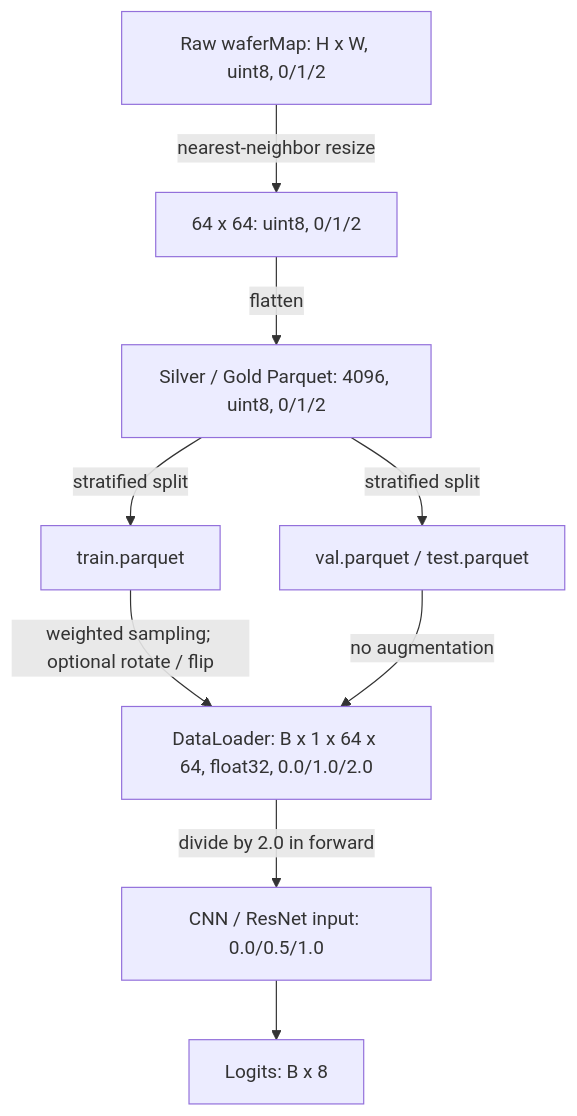
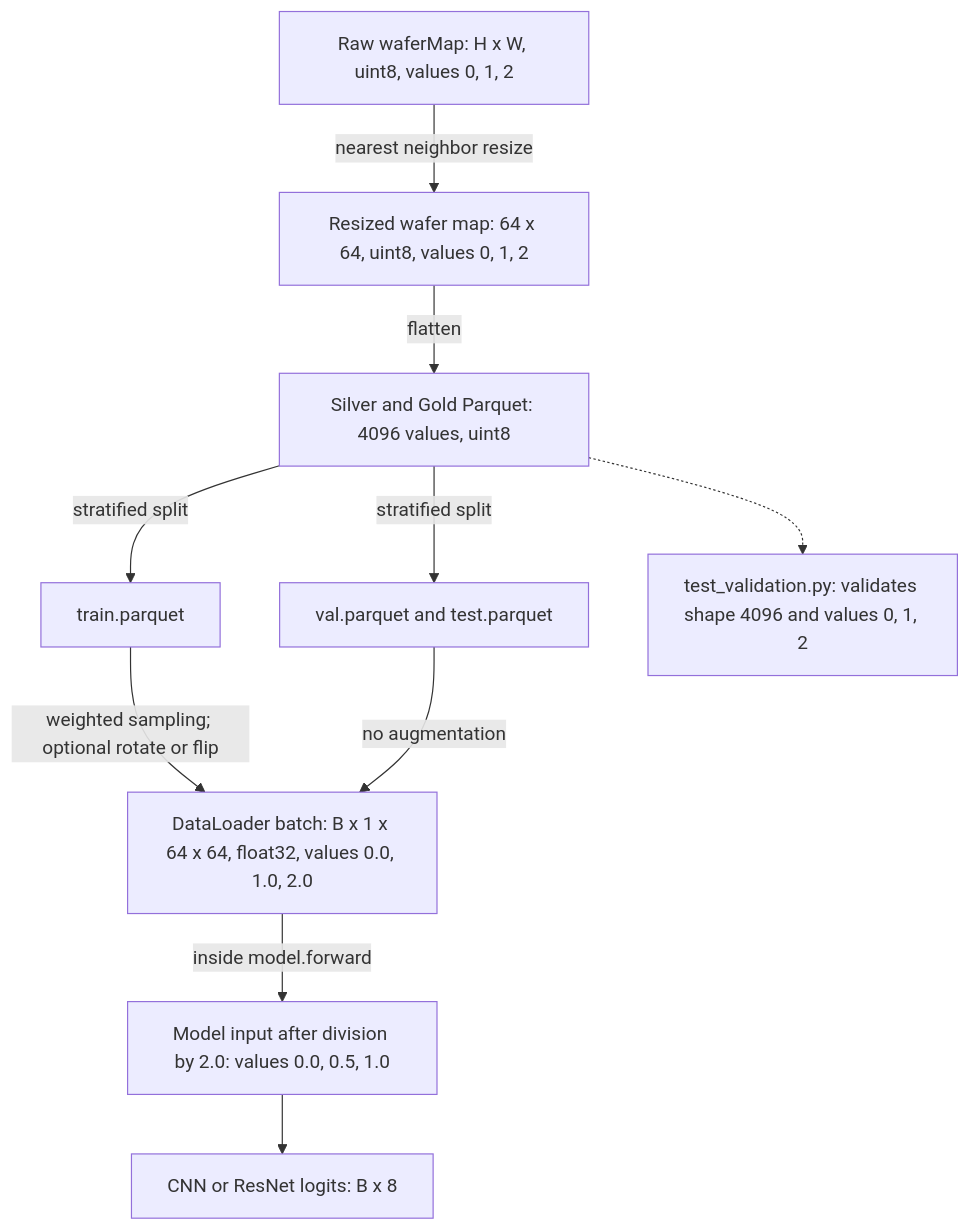
The diagram in docs/data-flow.md (pqtrng/wm811k-defect-detection), drawn with Mermaid before and after one commit. The commit also changed other lines of this file, not shown here.

Commit message:
docs: simplify Mermaid data flow diagram

````diff
--- a/docs/data-flow.md
+++ b/docs/data-flow.md
@@ -35,11 +3,22 @@
 ```mermaid
-graph TD
-    raw["Raw waferMap: H x W, uint8, 0/1/2"] -->|"nearest-neighbor resize"| resized["64 x 64: uint8, 0/1/2"]
-    resized -->|"flatten"| parquet["Silver / Gold Parquet: 4096, uint8, 0/1/2"]
-    parquet -->|"stratified split"| train["train.parquet"]
-    parquet -->|"stratified split"| valtest["val.parquet / test.parquet"]
-    train -->|"weighted sampling; optional rotate / flip"| loader["DataLoader: B x 1 x 64 x 64, float32, 0.0/1.0/2.0"]
-    valtest -->|"no augmentation"| loader
-    loader -->|"divide by 2.0 in forward"| model["CNN / ResNet input: 0.0/0.5/1.0"]
-    model --> logits["Logits: B x 8"]
+flowchart TD
+    RAW["Raw waferMap: H x W, uint8, values 0, 1, 2"]
+    RESIZED["Resized wafer map: 64 x 64, uint8, values 0, 1, 2"]
+    PARQUET["Silver and Gold Parquet: 4096 values, uint8"]
+    TRAIN["train.parquet"]
+    EVAL["val.parquet and test.parquet"]
+    LOADER["DataLoader batch: B x 1 x 64 x 64, float32, values 0.0, 1.0, 2.0"]
+    MODEL["Model input after division by 2.0: values 0.0, 0.5, 1.0"]
+    LOGITS["CNN or ResNet logits: B x 8"]
+    VALIDATION["test_validation.py: validates shape 4096 and values 0, 1, 2"]
+
+    RAW -->|"nearest neighbor resize"| RESIZED
+    RESIZED -->|"flatten"| PARQUET
+    PARQUET -->|"stratified split"| TRAIN
+    PARQUET -->|"stratified split"| EVAL
+    TRAIN -->|"weighted sampling; optional rotate or flip"| LOADER
+    EVAL -->|"no augmentation"| LOADER
+    LOADER -->|"inside model.forward"| MODEL
+    MODEL --> LOGITS
+    PARQUET -.-> VALIDATION
 ```
````
